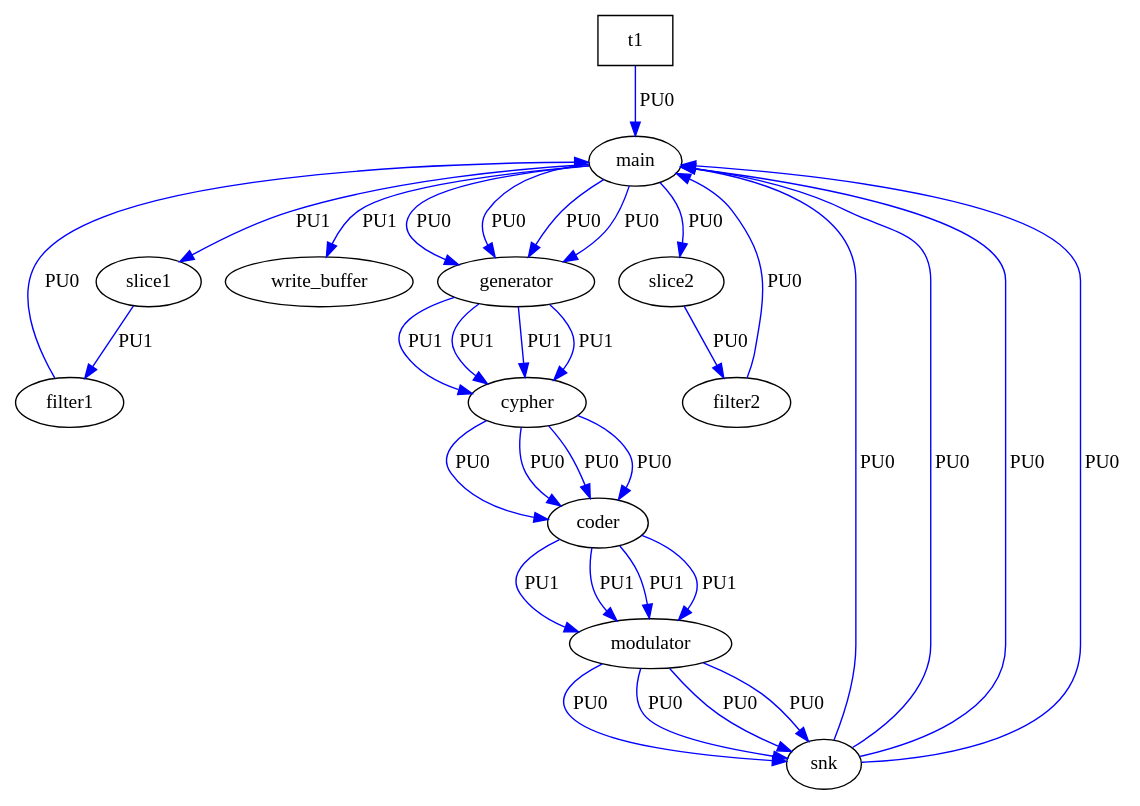
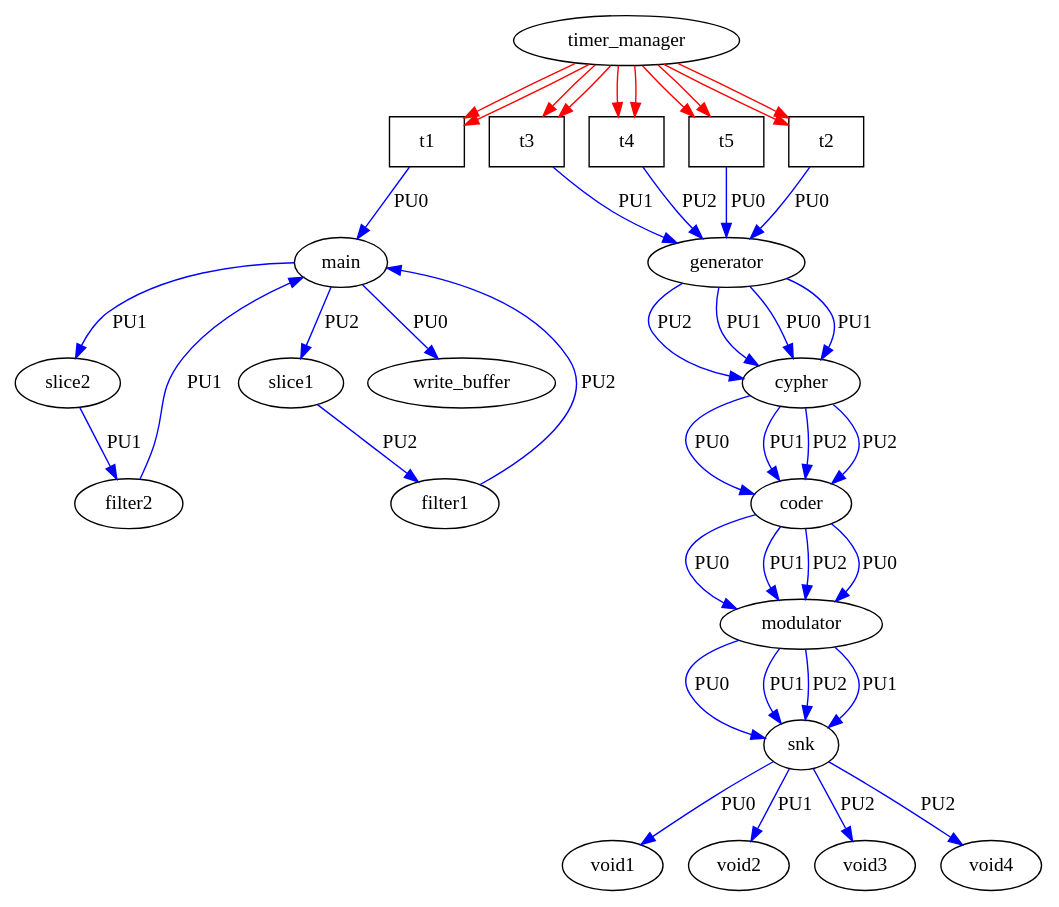
One commit to samujoaz/ArchiDSE changed the diagram in graph.dot. Above: the diagram before and after it, drawn with Graphviz. The commit also changed 54 other files, not shown here.

```diff
--- a/graph.dot
+++ b/graph.dot
@@ -1,47 +1,66 @@
 digraph my_graph {
   overlap = scale;
    main[label="main"];
    slice1[label="slice1"];
    slice2[label="slice2"];
    filter1[label="filter1"];
    filter2[label="filter2"];
    write_buffer[label="write_buffer"];
    generator[label="generator"];
    cypher[label="cypher"];
    coder[label="coder"];
    modulator[label="modulator"];
+   void1[label="void1"];
+   void2[label="void2"];
+   void3[label="void3"];
+   void4[label="void4"];
    snk[label="snk"];
+   timer_manager[label="timer_manager"];
    t1[label="t1",shape=box ];
+   t2[label="t2",shape=box ];
+   t3[label="t3",shape=box ];
+   t4[label="t4",shape=box ];
+   t5[label="t5",shape=box ];
+   timer_manager -> t1[label="", color=red];
+   timer_manager -> t2[label="", color=red];
+   timer_manager -> t3[label="", color=red];
+   timer_manager -> t4[label="", color=red];
+   timer_manager -> t5[label="", color=red];
+   timer_manager -> t1[label="", color=red];
+   timer_manager -> t2[label="", color=red];
+   timer_manager -> t3[label="", color=red];
+   timer_manager -> t4[label="", color=red];
+   timer_manager -> t5[label="", color=red];
    t1 -> main[label="PU0", color=blue];
-   main -> slice1[label="PU1", color=blue];
-   main -> slice2[label="PU0", color=blue];
-   slice1 -> filter1[label="PU1", color=blue];
-   slice2 -> filter2[label="PU0", color=blue];
-   filter1 -> main[label="PU0", color=blue];
-   filter2 -> main[label="PU0", color=blue];
-   main -> write_buffer[label="PU1", color=blue];
-   main -> generator[label="PU0", color=blue];
-   main -> generator[label="PU0", color=blue];
-   main -> generator[label="PU0", color=blue];
-   main -> generator[label="PU0", color=blue];
+   main -> slice1[label="PU2", color=blue];
+   main -> slice2[label="PU1", color=blue];
+   slice1 -> filter1[label="PU2", color=blue];
+   slice2 -> filter2[label="PU1", color=blue];
+   filter1 -> main[label="PU2", color=blue];
+   filter2 -> main[label="PU1", color=blue];
+   main -> write_buffer[label="PU0", color=blue];
+   t2 -> generator[label="PU0", color=blue];
+   t3 -> generator[label="PU1", color=blue];
+   t4 -> generator[label="PU2", color=blue];
+   t5 -> generator[label="PU0", color=blue];
+   generator -> cypher[label="PU0", color=blue];
    generator -> cypher[label="PU1", color=blue];
-   generator -> cypher[label="PU1", color=blue];
-   generator -> cypher[label="PU1", color=blue];
+   generator -> cypher[label="PU2", color=blue];
    generator -> cypher[label="PU1", color=blue];
    cypher -> coder[label="PU0", color=blue];
-   cypher -> coder[label="PU0", color=blue];
-   cypher -> coder[label="PU0", color=blue];
-   cypher -> coder[label="PU0", color=blue];
+   cypher -> coder[label="PU1", color=blue];
+   cypher -> coder[label="PU2", color=blue];
+   cypher -> coder[label="PU2", color=blue];
+   coder -> modulator[label="PU0", color=blue];
    coder -> modulator[label="PU1", color=blue];
-   coder -> modulator[label="PU1", color=blue];
-   coder -> modulator[label="PU1", color=blue];
-   coder -> modulator[label="PU1", color=blue];
+   coder -> modulator[label="PU2", color=blue];
+   coder -> modulator[label="PU0", color=blue];
    modulator -> snk[label="PU0", color=blue];
-   modulator -> snk[label="PU0", color=blue];
-   modulator -> snk[label="PU0", color=blue];
-   modulator -> snk[label="PU0", color=blue];
-   snk -> main[label="PU0", color=blue];
-   snk -> main[label="PU0", color=blue];
-   snk -> main[label="PU0", color=blue];
-   snk -> main[label="PU0", color=blue];
+   modulator -> snk[label="PU1", color=blue];
+   modulator -> snk[label="PU2", color=blue];
+   modulator -> snk[label="PU1", color=blue];
+   snk -> void1[label="PU0", color=blue];
+   snk -> void2[label="PU1", color=blue];
+   snk -> void3[label="PU2", color=blue];
+   snk -> void4[label="PU2", color=blue];
 }
```
